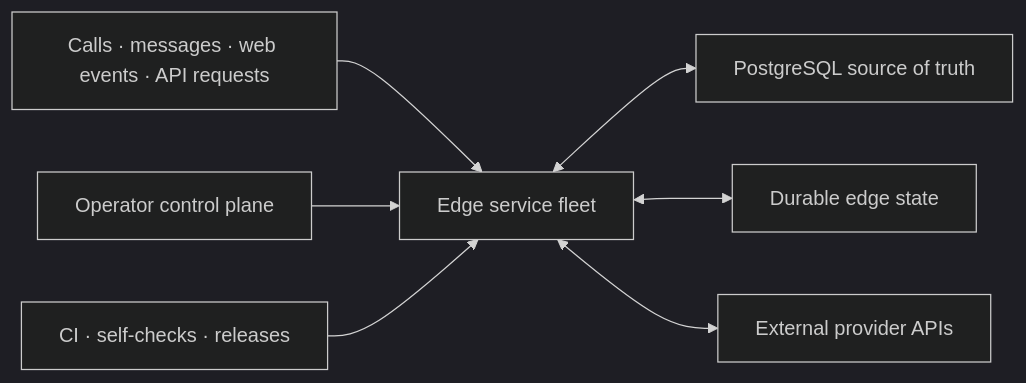
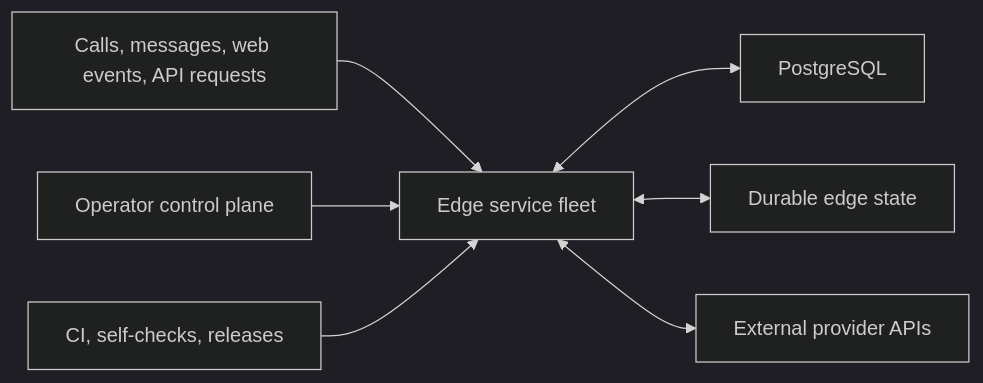
One commit to devant00/optqo changed the second of 2 diagrams in README.md. Above: the diagram before and after it, drawn with Mermaid (dark theme). The commit also changed other lines of this file, not shown here.

````diff
--- a/README.md
+++ b/README.md
@@ -60,9 +60,9 @@
 ```mermaid
 flowchart LR
-    A["Calls · messages · web events · API requests"] --> B["Edge service fleet"]
-    B <--> C["PostgreSQL source of truth"]
+    A["Calls, messages, web events, API requests"] --> B["Edge service fleet"]
+    B <--> C["PostgreSQL"]
     B <--> D["Durable edge state"]
     B <--> E["External provider APIs"]
     F["Operator control plane"] --> B
-    G["CI · self-checks · releases"] --> B
+    G["CI, self-checks, releases"] --> B
 ```
````
